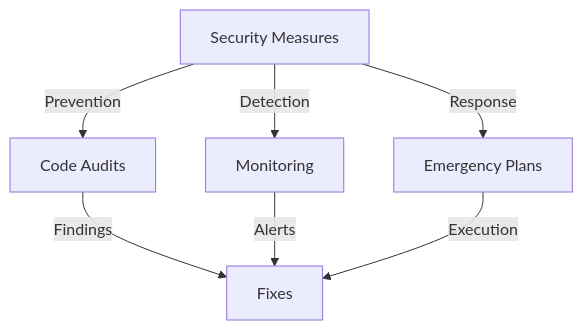
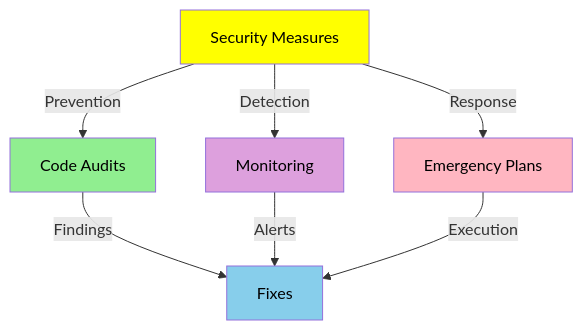
Before and after one commit to MEMEFANS/memefans: the second of 3 diagrams in docs/risk-assessment.md, drawn with Mermaid. The commit also changed other lines of this file and 15 other files, not shown here.

Commit message:
docs: update Mermaid diagram formats to use HTML div format for better rendering

````diff
--- a/docs/risk-assessment.md
+++ b/docs/risk-assessment.md
@@ -31,9 +37,15 @@
-```mermaid
+<div class="mermaid">
 graph TD
     A[Security Measures] -->|Prevention| B[Code Audits]
     A -->|Detection| C[Monitoring]
     A -->|Response| D[Emergency Plans]
     B -->|Findings| E[Fixes]
     C -->|Alerts| E
     D -->|Execution| E
-```
+    
+    style A fill:#FFFF00,color:#000000
+    style B fill:#90EE90,color:#000000
+    style C fill:#DDA0DD,color:#000000
+    style D fill:#FFB6C1,color:#000000
+    style E fill:#87CEEB,color:#000000
+</div>
````
